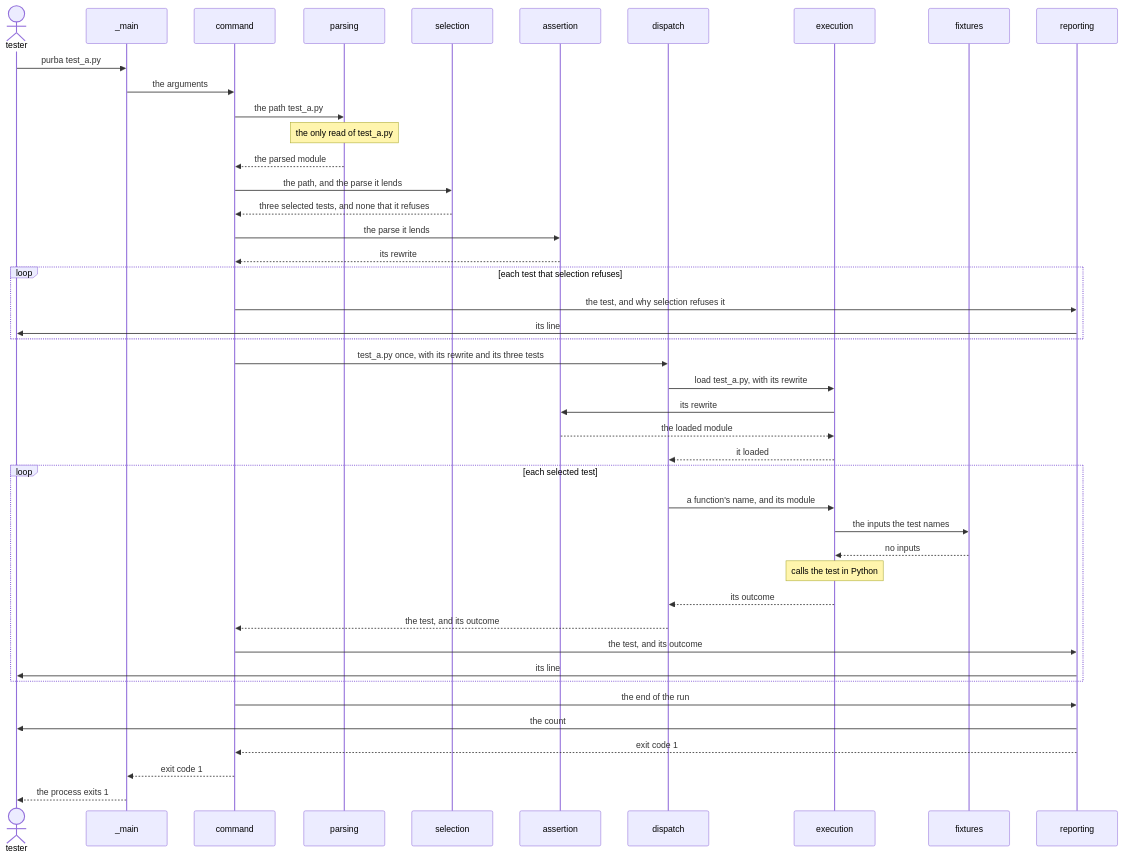
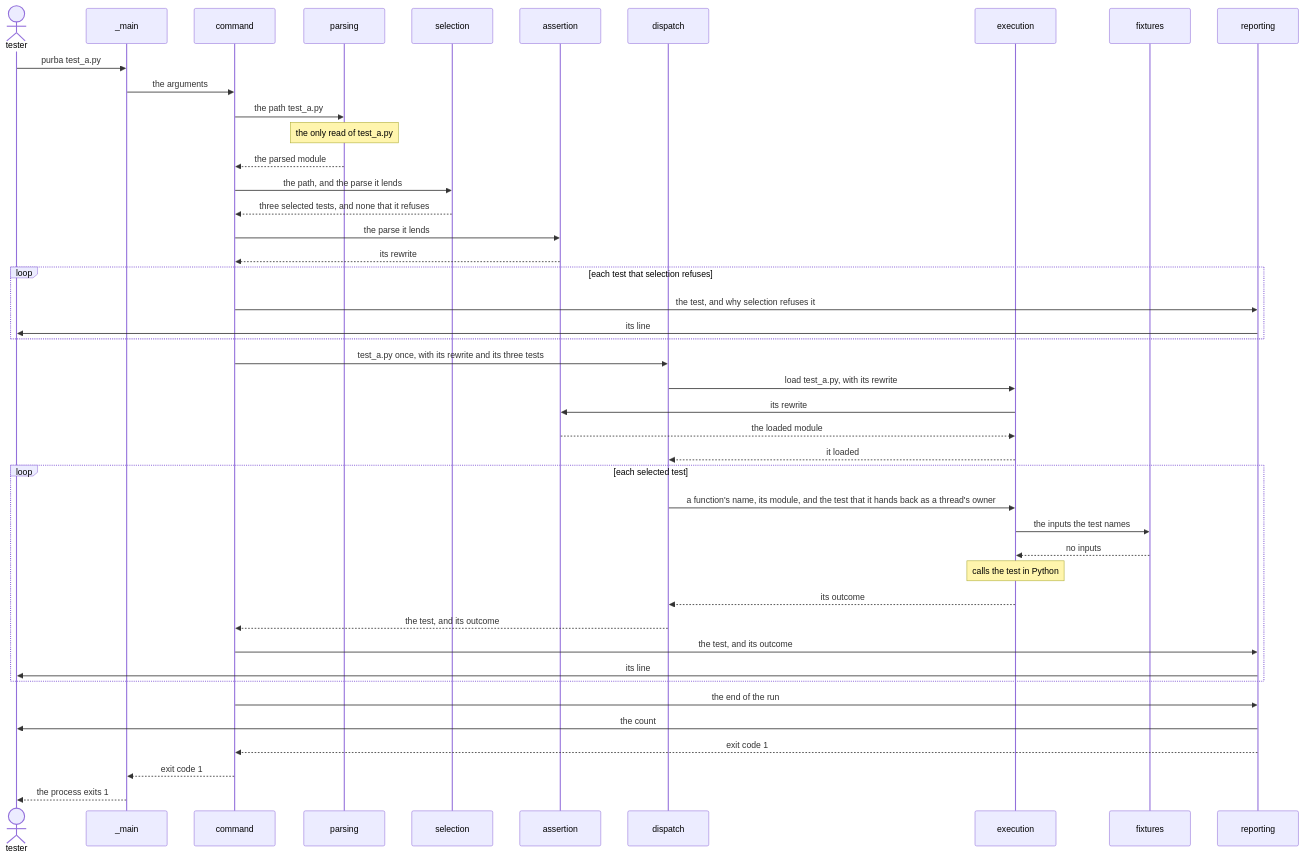
The third of 3 diagrams in LANDSCAPE.md (kalonji-tools/purba), drawn with Mermaid before and after one commit. The commit also changed other lines of this file and 3 other files, not shown here.

First line of the commit message:
docs: record the test and the window that execution meets (#806)

````diff
--- a/LANDSCAPE.md
+++ b/LANDSCAPE.md
@@ -85,46 +85,46 @@
 ```mermaid
 sequenceDiagram
   actor tester
   participant main as _main
   participant command
   participant parsing
   participant selection
   participant assertion
   participant dispatch
   participant execution
   participant fixtures
   participant reporting
   tester ->> main: purba test_a.py
   main ->> command: the arguments
   command ->> parsing: the path test_a.py
   Note over parsing: the only read of test_a.py
   parsing -->> command: the parsed module
   command ->> selection: the path, and the parse it lends
   selection -->> command: three selected tests, and none that it refuses
   command ->> assertion: the parse it lends
   assertion -->> command: its rewrite
   loop each test that selection refuses
     command ->> reporting: the test, and why selection refuses it
     reporting ->> tester: its line
   end
   command ->> dispatch: test_a.py once, with its rewrite and its three tests
   dispatch ->> execution: load test_a.py, with its rewrite
   execution ->> assertion: its rewrite
   assertion -->> execution: the loaded module
   execution -->> dispatch: it loaded
   loop each selected test
-    dispatch ->> execution: a function's name, and its module
+    dispatch ->> execution: a function's name, its module, and the test that it hands back as a thread's owner
     execution ->> fixtures: the inputs the test names
     fixtures -->> execution: no inputs
     Note over execution: calls the test in Python
     execution -->> dispatch: its outcome
     dispatch -->> command: the test, and its outcome
     command ->> reporting: the test, and its outcome
     reporting ->> tester: its line
   end
   command ->> reporting: the end of the run
   reporting ->> tester: the count
   reporting -->> command: exit code 1
   command -->> main: exit code 1
   main -->> tester: the process exits 1
 ```
````
